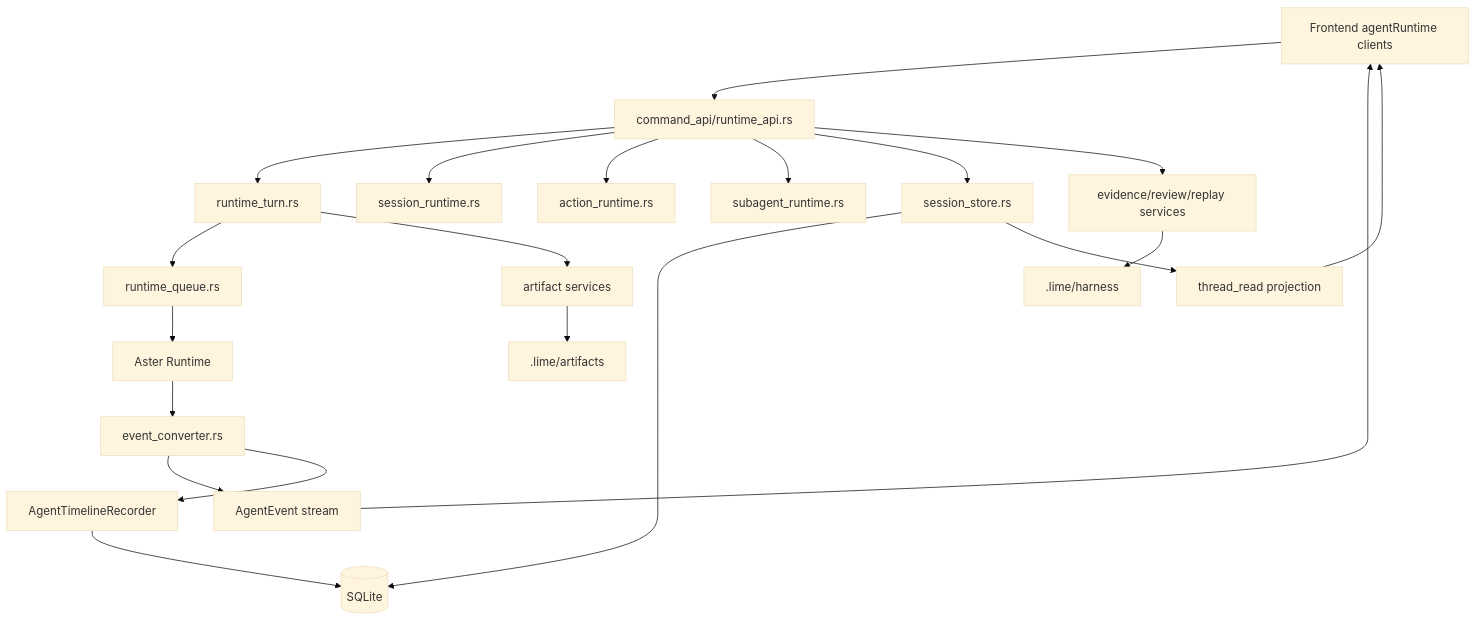
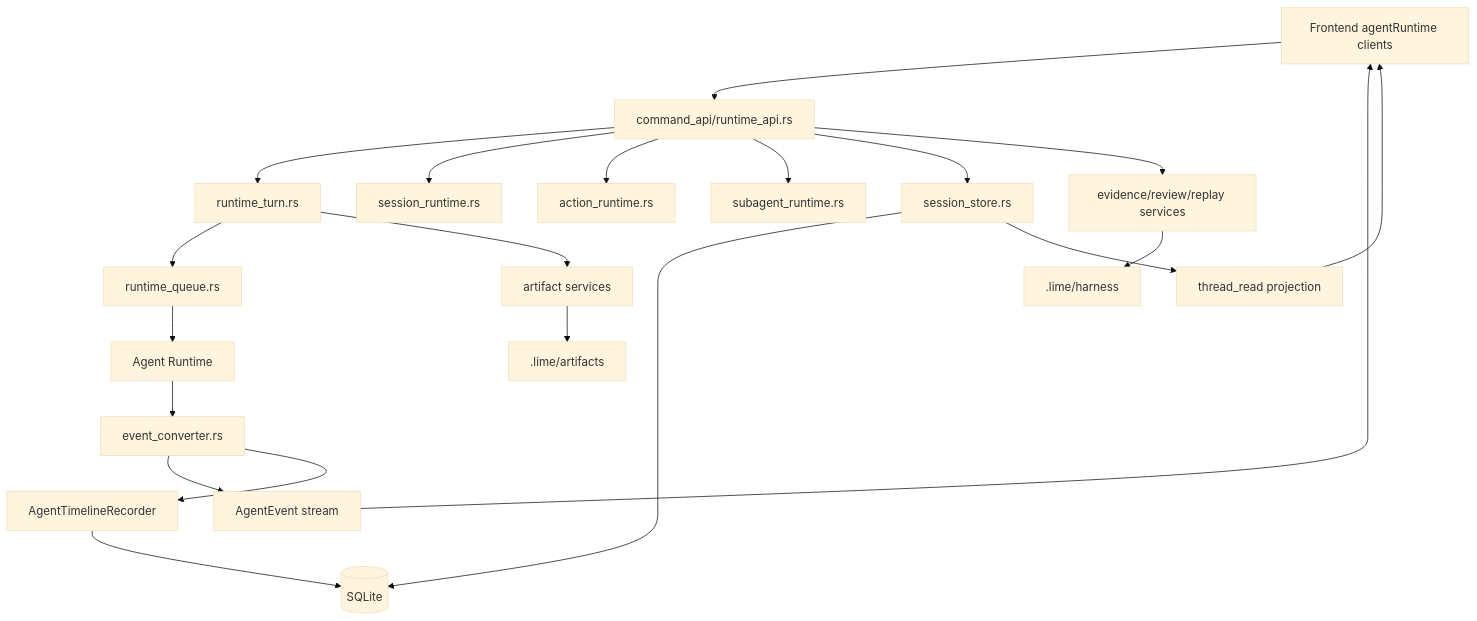
Before and after one commit to jiujuan/lime: the diagram in internal/roadmap/agentui/lime-agentui-backend-coordination.md, drawn with Mermaid (base theme). The commit also changed 975 other files, not shown here.

````diff
--- a/internal/roadmap/agentui/lime-agentui-backend-coordination.md
+++ b/internal/roadmap/agentui/lime-agentui-backend-coordination.md
@@ -28,28 +28,28 @@
 ```mermaid
 flowchart TB
   FE[Frontend agentRuntime clients] --> Cmd[command_api/runtime_api.rs]
   Cmd --> Turn[runtime_turn.rs]
   Cmd --> Session[session_runtime.rs]
   Cmd --> Action[action_runtime.rs]
   Cmd --> Subagent[subagent_runtime.rs]
 
   Turn --> Queue[runtime_queue.rs]
-  Queue --> Aster[Aster Runtime]
-  Aster --> Converter[event_converter.rs]
+  Queue --> Agent[Agent Runtime]
+  Agent --> Converter[event_converter.rs]
   Converter --> Events[AgentEvent stream]
   Converter --> Timeline[AgentTimelineRecorder]
 
   Cmd --> Store[session_store.rs]
   Store --> Db[(SQLite)]
   Timeline --> Db
 
   Turn --> Artifact[artifact services]
   Artifact --> ArtifactFiles[.lime/artifacts]
 
   Cmd --> Evidence[evidence/review/replay services]
   Evidence --> HarnessFiles[.lime/harness]
 
   Store --> ThreadRead[thread_read projection]
   ThreadRead --> FE
   Events --> FE
 ```
````
